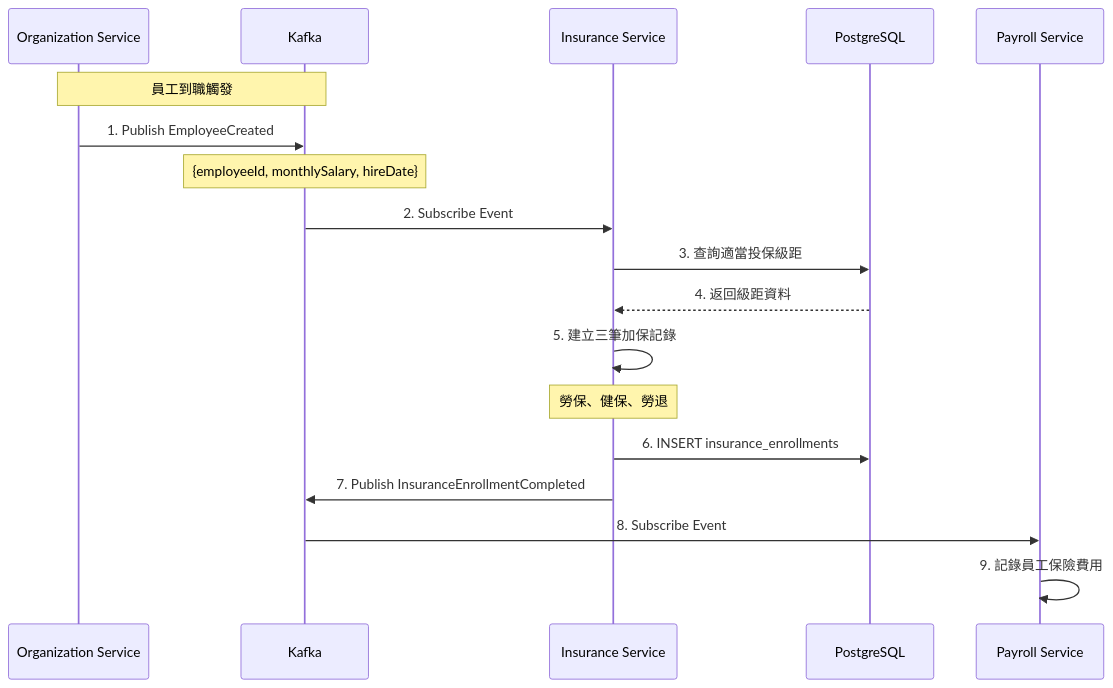
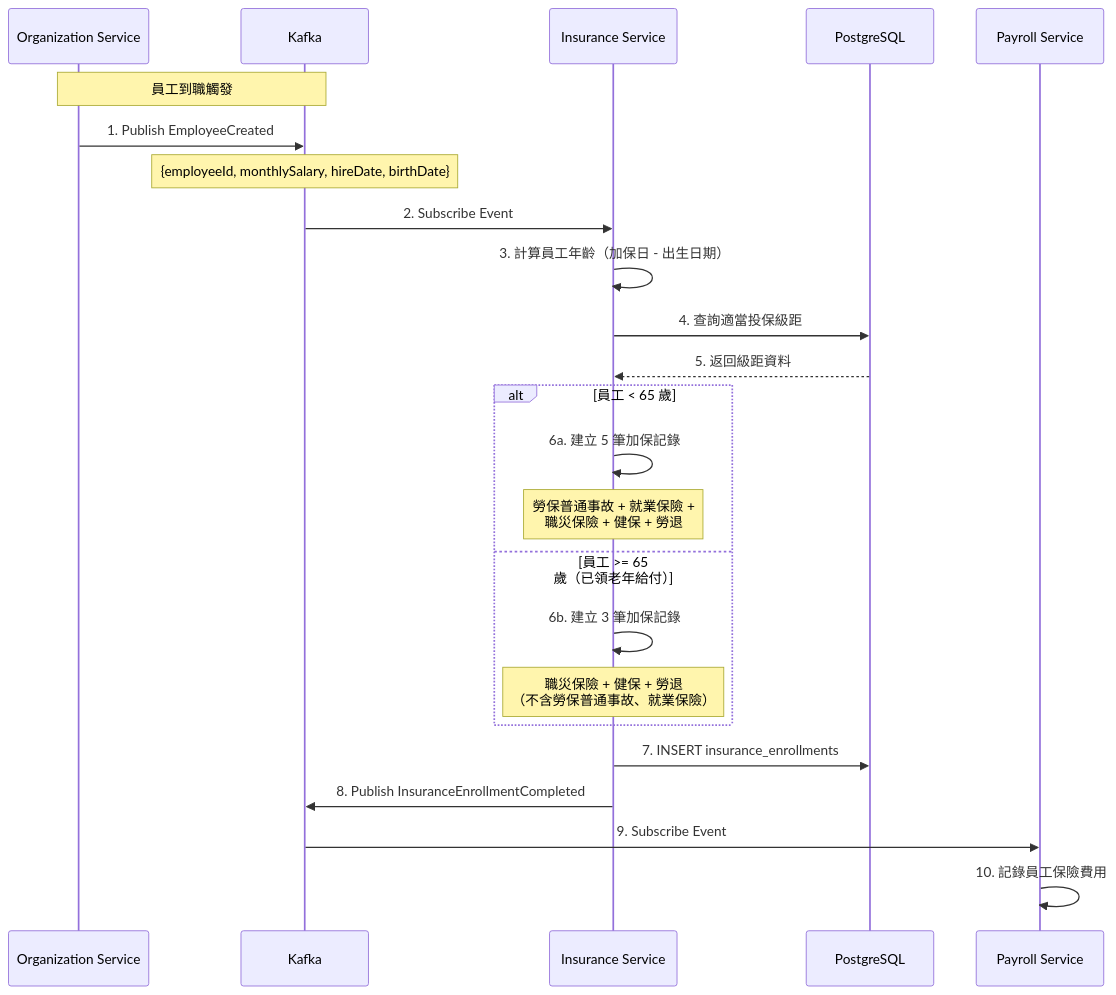
Before and after one commit to k6jo3/hr-sytsem-tw: the fourth of 6 diagrams in knowledge/02_System_Design/05_保險管理服務系統設計書.md, drawn with Mermaid. The commit also changed other lines of this file and 55 other files, not shown here.

````diff
--- a/knowledge/02_System_Design/05_保險管理服務系統設計書.md
+++ b/knowledge/02_System_Design/05_保險管理服務系統設計書.md
@@ -153,26 +173,32 @@
 ```mermaid
 sequenceDiagram
     participant Org as Organization Service
     participant Kafka
     participant Ins as Insurance Service
     participant DB as PostgreSQL
     participant Pay as Payroll Service
-    
+
     Note over Org,Kafka: 員工到職觸發
-    
+
     Org->>Kafka: 1. Publish EmployeeCreated
-    Note over Kafka: {employeeId, monthlySalary, hireDate}
-    
+    Note over Kafka: {employeeId, monthlySalary, hireDate, birthDate}
+
     Kafka->>Ins: 2. Subscribe Event
-    Ins->>DB: 3. 查詢適當投保級距
-    DB-->>Ins: 4. 返回級距資料
-    
-    Ins->>Ins: 5. 建立三筆加保記錄
-    Note over Ins: 勞保、健保、勞退
-    
-    Ins->>DB: 6. INSERT insurance_enrollments
-    Ins->>Kafka: 7. Publish InsuranceEnrollmentCompleted
-    
-    Kafka->>Pay: 8. Subscribe Event
-    Pay->>Pay: 9. 記錄員工保險費用
+    Ins->>Ins: 3. 計算員工年齡（加保日 - 出生日期）
+    Ins->>DB: 4. 查詢適當投保級距
+    DB-->>Ins: 5. 返回級距資料
+
+    alt 員工 < 65 歲
+        Ins->>Ins: 6a. 建立 5 筆加保記錄
+        Note over Ins: 勞保普通事故 + 就業保險 +<br/>職災保險 + 健保 + 勞退
+    else 員工 >= 65 歲（已領老年給付）
+        Ins->>Ins: 6b. 建立 3 筆加保記錄
+        Note over Ins: 職災保險 + 健保 + 勞退<br/>（不含勞保普通事故、就業保險）
+    end
+
+    Ins->>DB: 7. INSERT insurance_enrollments
+    Ins->>Kafka: 8. Publish InsuranceEnrollmentCompleted
+
+    Kafka->>Pay: 9. Subscribe Event
+    Pay->>Pay: 10. 記錄員工保險費用
 ```
````
